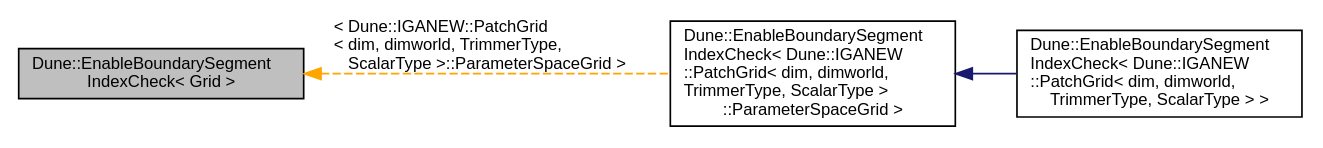
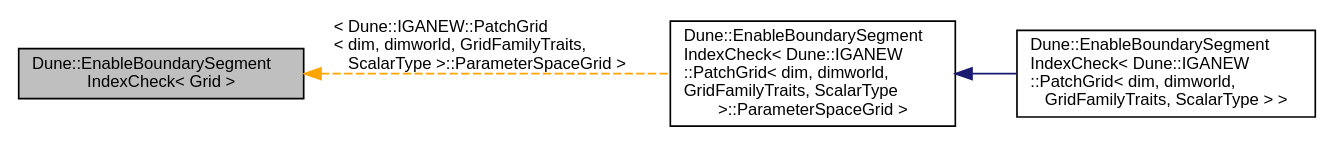
The diagram in d2/d7b/a01150.dot (rath3t/dune-iga-doc), drawn with Graphviz before and after one commit. The commit also changed 583 other files, not shown here.

```diff
--- a/d2/d7b/a01150.dot
+++ b/d2/d7b/a01150.dot
@@ -1,12 +1,12 @@
 digraph "Dune::EnableBoundarySegmentIndexCheck&lt; Grid &gt;"
 {
  // LATEX_PDF_SIZE
   edge [fontname="Helvetica",fontsize="10",labelfontname="Helvetica",labelfontsize="10"];
   node [fontname="Helvetica",fontsize="10",shape=record];
   rankdir="LR";
   Node1 [label="Dune::EnableBoundarySegment\lIndexCheck\< Grid \>",height=0.2,width=0.4,color="black", fillcolor="grey75", style="filled", fontcolor="black",tooltip=" "];
-  Node1 -> Node2 [dir="back",color="orange",fontsize="10",style="dashed",label=" \< Dune::IGANEW::PatchGrid\l\< dim, dimworld, TrimmerType,\l ScalarType \>::ParameterSpaceGrid \>" ,fontname="Helvetica"];
-  Node2 [label="Dune::EnableBoundarySegment\lIndexCheck\< Dune::IGANEW\l::PatchGrid\< dim, dimworld,\l TrimmerType, ScalarType \>\l::ParameterSpaceGrid \>",height=0.2,width=0.4,color="black", fillcolor="white", style="filled",URL="$de/df1/a01151.html",tooltip=" "];
+  Node1 -> Node2 [dir="back",color="orange",fontsize="10",style="dashed",label=" \< Dune::IGANEW::PatchGrid\l\< dim, dimworld, GridFamilyTraits,\l ScalarType \>::ParameterSpaceGrid \>" ,fontname="Helvetica"];
+  Node2 [label="Dune::EnableBoundarySegment\lIndexCheck\< Dune::IGANEW\l::PatchGrid\< dim, dimworld,\l GridFamilyTraits, ScalarType\l \>::ParameterSpaceGrid \>",height=0.2,width=0.4,color="black", fillcolor="white", style="filled",URL="$de/df1/a01151.html",tooltip=" "];
   Node2 -> Node3 [dir="back",color="midnightblue",fontsize="10",style="solid",fontname="Helvetica"];
-  Node3 [label="Dune::EnableBoundarySegment\lIndexCheck\< Dune::IGANEW\l::PatchGrid\< dim, dimworld,\l TrimmerType, ScalarType \> \>",height=0.2,width=0.4,color="black", fillcolor="white", style="filled",URL="$d7/de8/a01159.html",tooltip=" "];
+  Node3 [label="Dune::EnableBoundarySegment\lIndexCheck\< Dune::IGANEW\l::PatchGrid\< dim, dimworld,\l GridFamilyTraits, ScalarType \> \>",height=0.2,width=0.4,color="black", fillcolor="white", style="filled",URL="$d7/de8/a01159.html",tooltip=" "];
 }
```
